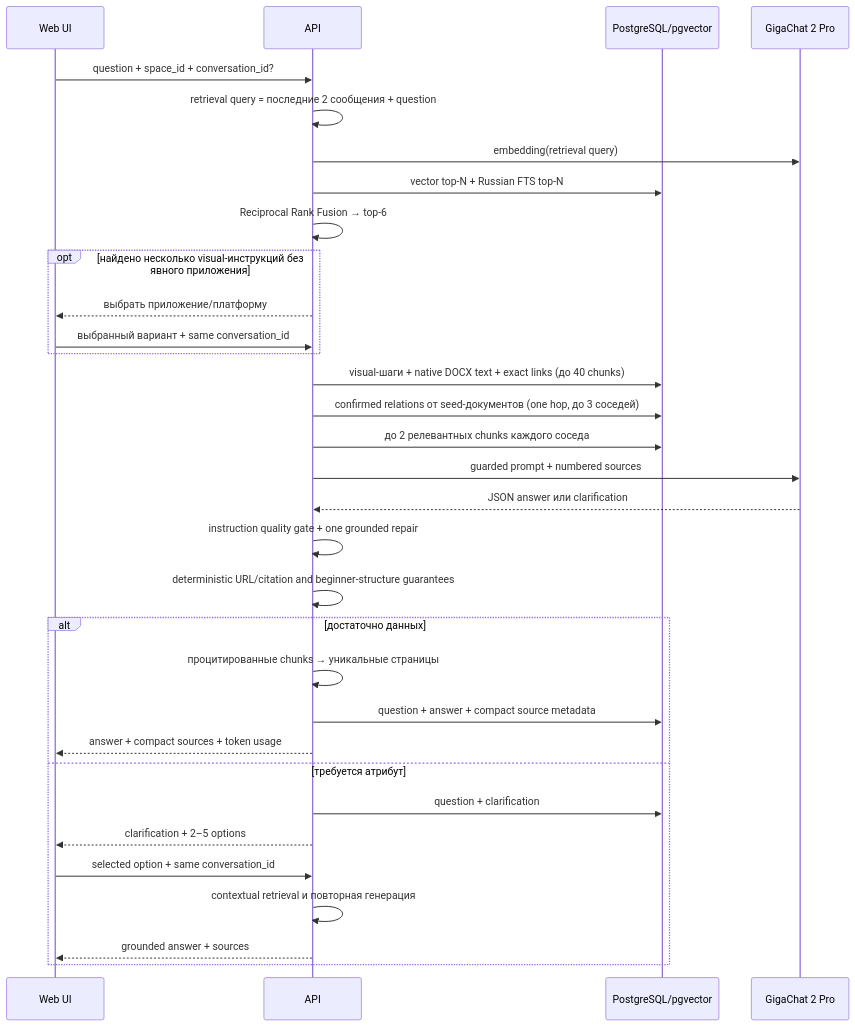
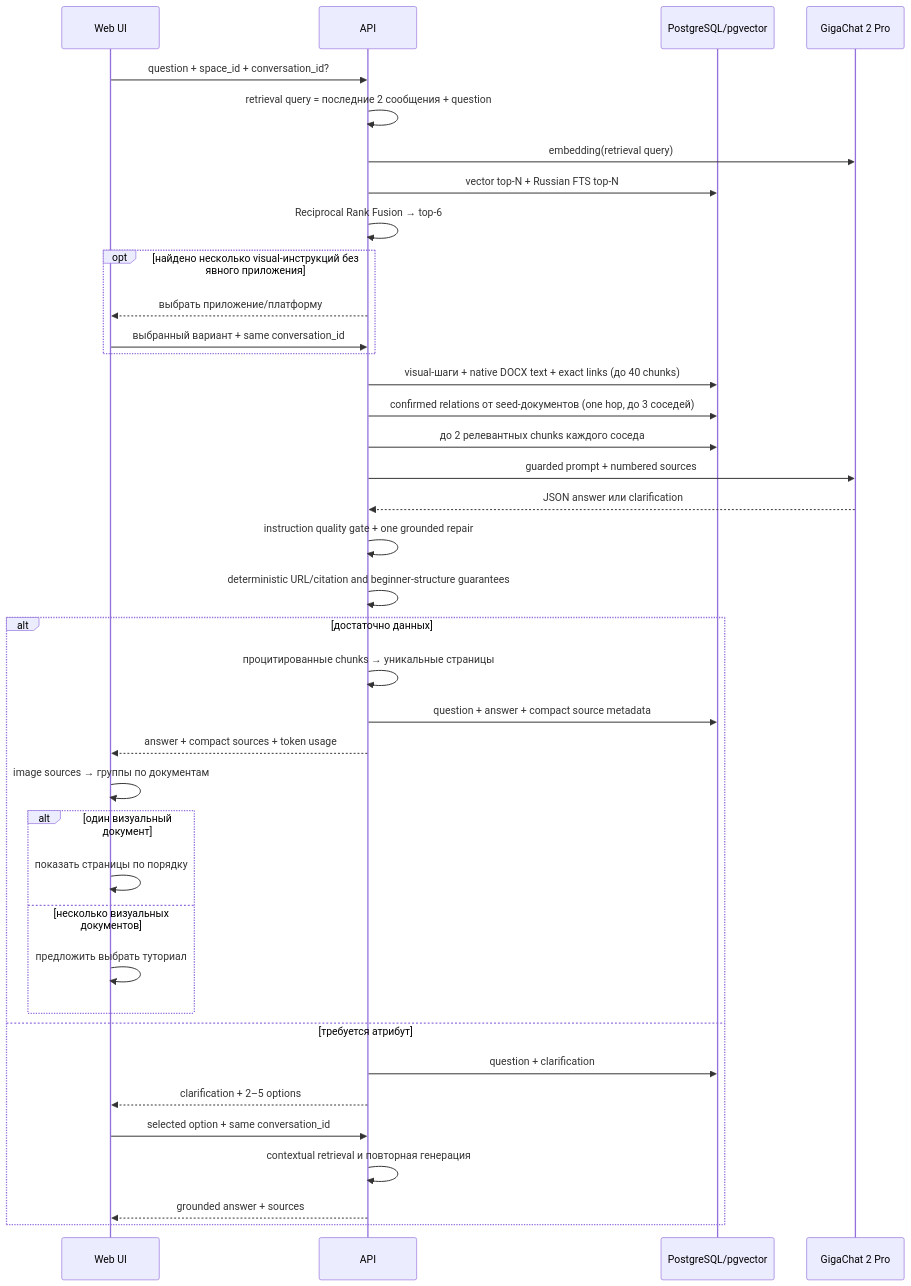
One commit to TBWTK/corporate-rag changed the fourth of 4 diagrams in docs/ARCHITECTURE.md. Above: the diagram before and after it, drawn with Mermaid. The commit also changed other lines of this file and 8 other files, not shown here.

````diff
--- a/docs/ARCHITECTURE.md
+++ b/docs/ARCHITECTURE.md
@@ -106,34 +108,40 @@
 ```mermaid
 sequenceDiagram
   participant U as Web UI
   participant A as API
   participant D as PostgreSQL/pgvector
   participant G as GigaChat 2 Pro
   U->>A: question + space_id + conversation_id?
   A->>A: retrieval query = последние 2 сообщения + question
   A->>G: embedding(retrieval query)
   A->>D: vector top-N + Russian FTS top-N
   A->>A: Reciprocal Rank Fusion → top-6
   opt найдено несколько visual-инструкций без явного приложения
     A-->>U: выбрать приложение/платформу
     U->>A: выбранный вариант + same conversation_id
   end
   A->>D: visual-шаги + native DOCX text + exact links (до 40 chunks)
   A->>D: confirmed relations от seed-документов (one hop, до 3 соседей)
   A->>D: до 2 релевантных chunks каждого соседа
   A->>G: guarded prompt + numbered sources
   G-->>A: JSON answer или clarification
   A->>A: instruction quality gate + one grounded repair
   A->>A: deterministic URL/citation and beginner-structure guarantees
   alt достаточно данных
     A->>A: процитированные chunks → уникальные страницы
     A->>D: question + answer + compact source metadata
     A-->>U: answer + compact sources + token usage
+    U->>U: image sources → группы по документам
+    alt один визуальный документ
+      U->>U: показать страницы по порядку
+    else несколько визуальных документов
+      U->>U: предложить выбрать туториал
+    end
   else требуется атрибут
     A->>D: question + clarification
     A-->>U: clarification + 2–5 options
     U->>A: selected option + same conversation_id
     A->>A: contextual retrieval и повторная генерация
     A-->>U: grounded answer + sources
   end
 ```
````
